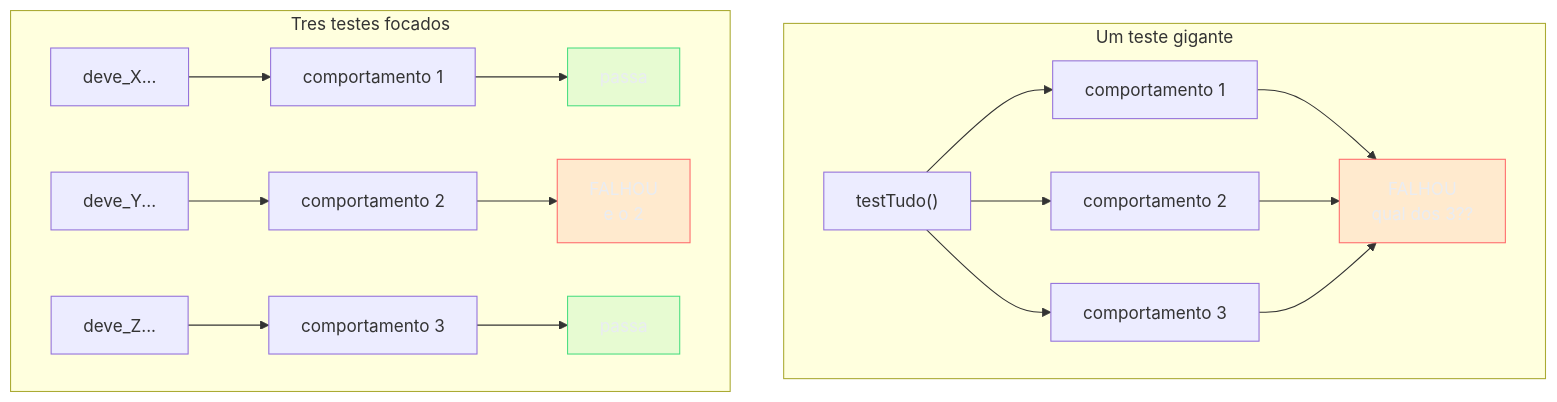
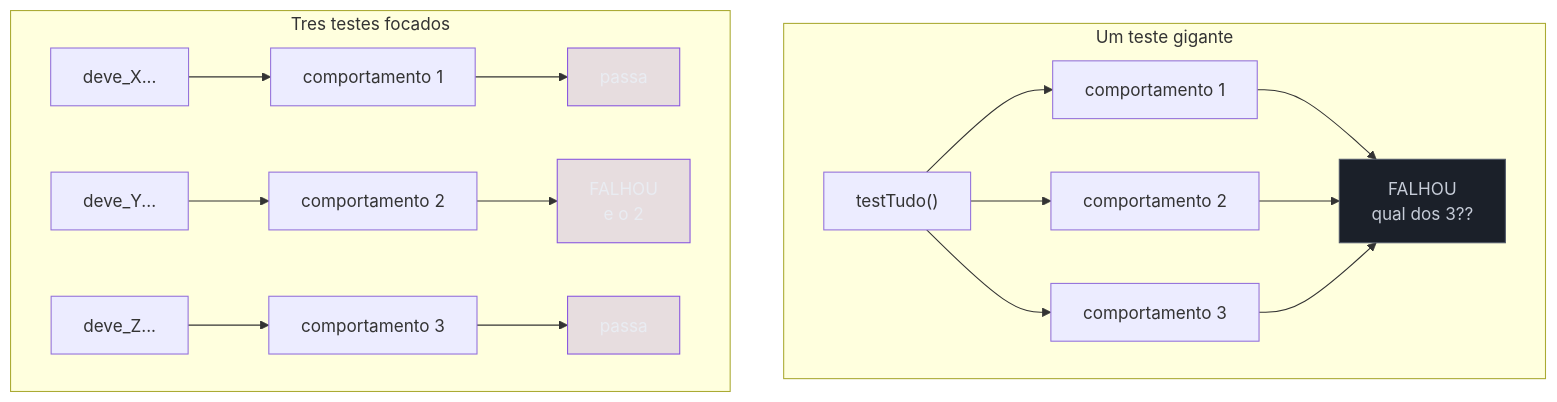
The third of 4 diagrams in 03-Dominios/Engenharia/Testes/03 - Anatomia de um bom teste.md (josenaldo/codex-technomanticus), drawn with Mermaid before and after one commit. The commit also changed other lines of this file and 601 other files, not shown here.

````diff
--- a/03-Dominios/Engenharia/Testes/03 - Anatomia de um bom teste.md
+++ b/03-Dominios/Engenharia/Testes/03 - Anatomia de um bom teste.md
@@ -134,20 +134,20 @@
 ```mermaid
 flowchart TB
-    classDef falha fill:#FF6B6B24,stroke:#FF6B6B,color:#E9ECF2
-    classDef ok fill:#4ADE8021,stroke:#4ADE80,color:#E9ECF2
+    classDef marca fill:#8855DF33,stroke:#8855DF,color:#E9ECF2
+    classDef neutro fill:#1B2029,stroke:#4E5666,color:#C6CCD8
     subgraph Gigante["Um teste gigante"]
         T1["testTudo()"] --> C1["comportamento 1"]
         T1 --> C2["comportamento 2"]
         T1 --> C3["comportamento 3"]
         C1 & C2 & C3 --> F1["FALHOU<br/>qual dos 3??"]
     end
     subgraph Focados["Tres testes focados"]
         TA["deve_X..."] --> CA["comportamento 1"] --> FA["passa"]
         TB["deve_Y..."] --> CB["comportamento 2"] --> FB["FALHOU<br/>e o 2"]
         TC["deve_Z..."] --> CC["comportamento 3"] --> FC["passa"]
     end
-    class F1 falha
-    class FB falha
-    class FA ok
-    class FC ok
+    class F1 neutro
+    class FB marca
+    class FA marca
+    class FC marca
 ```
````
